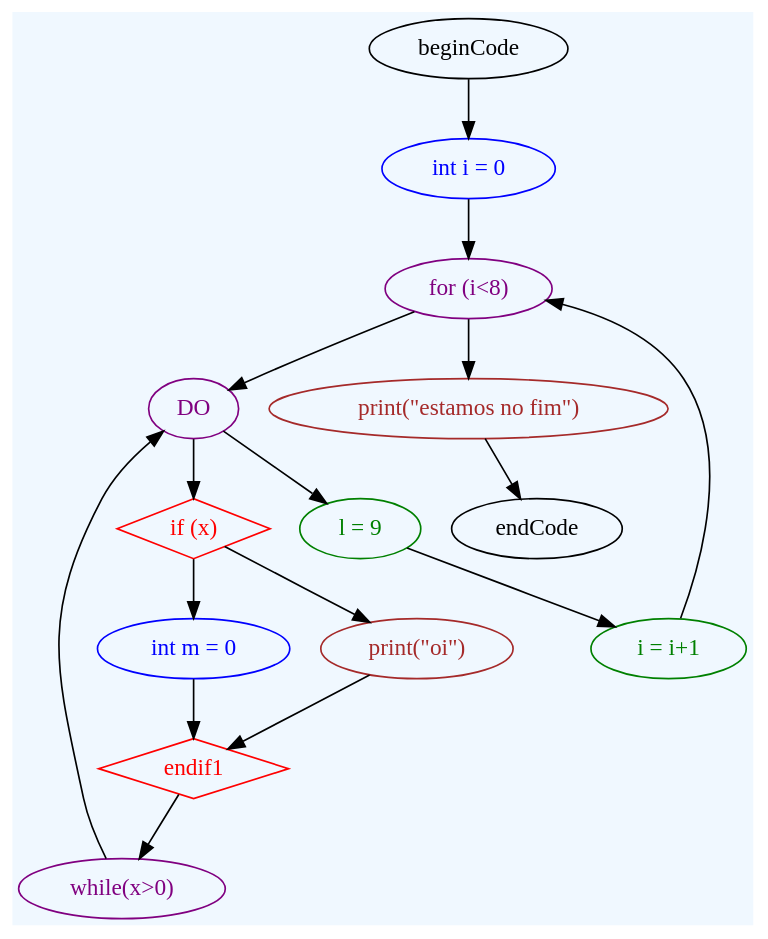
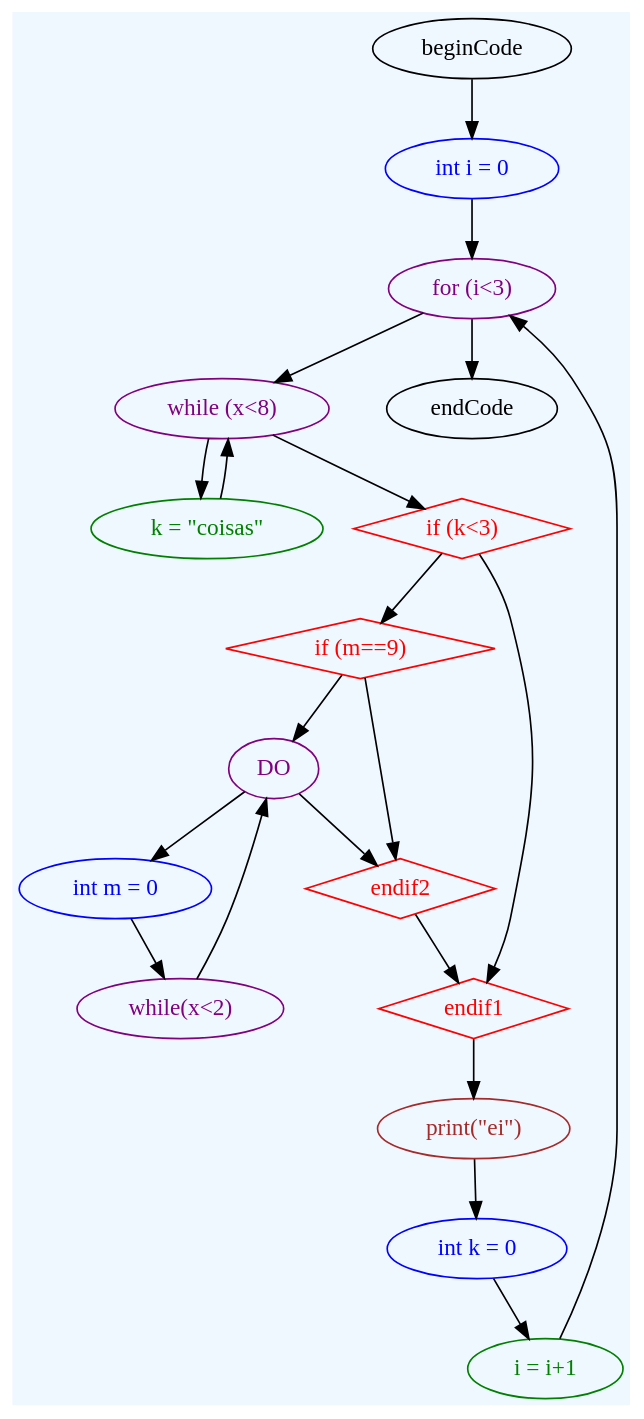
One commit to saracqueiros/EG22 changed the diagram in TP3/doctest-output/grammar.gv. Above: the diagram before and after it, drawn with Graphviz. The commit also changed 9 other files, not shown here.

```diff
--- a/TP3/doctest-output/grammar.gv
+++ b/TP3/doctest-output/grammar.gv
@@ -1,30 +1,37 @@
 digraph grammar {
 	graph [bgcolor=aliceblue rankdir=TB]
 	"int i = 0 " [color=blue fontcolor=blue]
 	beginCode -> "int i = 0 "
-	"for (i<8)" [color=purple fontcolor=purple]
-	"int i = 0 " -> "for (i<8)"
+	"for (i<3)" [color=purple fontcolor=purple]
+	"int i = 0 " -> "for (i<3)"
 	" i = i+1" [color=green fontcolor=green]
-	" i = i+1" -> "for (i<8)"
+	" i = i+1" -> "for (i<3)"
+	"while (x<8)" [color=purple fontcolor=purple]
+	"for (i<3)" -> "while (x<8)"
+	" k = \"coisas\"" [color=green fontcolor=green]
+	"while (x<8)" -> " k = \"coisas\""
+	" k = \"coisas\"" -> "while (x<8)"
+	"if (k<3)" [color=red fontcolor=red shape=diamond]
+	"while (x<8)" -> "if (k<3)"
+	"if (m==9)" [color=red fontcolor=red shape=diamond]
+	"if (k<3)" -> "if (m==9)"
 	DO [color=purple fontcolor=purple]
-	"for (i<8)" -> DO
-	"if (x)" [color=red fontcolor=red shape=diamond]
-	DO -> "if (x)"
+	"if (m==9)" -> DO
 	"int m = 0 " [color=blue fontcolor=blue]
-	"if (x)" -> "int m = 0 "
+	DO -> "int m = 0 "
+	"while(x<2)" [color=purple fontcolor=purple]
+	"int m = 0 " -> "while(x<2)"
+	"while(x<2)" -> DO
+	endif2 [color=red fontcolor=red shape=diamond]
+	DO -> endif2
+	"if (m==9)" -> endif2
 	endif1 [color=red fontcolor=red shape=diamond]
-	"int m = 0 " -> endif1
-	"print(\"oi\")" [color=brown fontcolor=brown]
-	"if (x)" -> "print(\"oi\")"
-	endif1 [color=red fontcolor=red shape=diamond]
-	"print(\"oi\")" -> endif1
-	"while(x>0)" [color=purple fontcolor=purple]
-	endif1 -> "while(x>0)"
-	"while(x>0)" -> DO
-	" l = 9" [color=green fontcolor=green]
-	DO -> " l = 9"
-	" l = 9" -> " i = i+1"
-	"print(\"estamos no fim\")" [color=brown fontcolor=brown]
-	"for (i<8)" -> "print(\"estamos no fim\")"
-	"print(\"estamos no fim\")" -> endCode
+	endif2 -> endif1
+	"if (k<3)" -> endif1
+	"print(\"ei\")" [color=brown fontcolor=brown]
+	endif1 -> "print(\"ei\")"
+	"int k = 0 " [color=blue fontcolor=blue]
+	"print(\"ei\")" -> "int k = 0 "
+	"int k = 0 " -> " i = i+1"
+	"for (i<3)" -> endCode
 }
```
